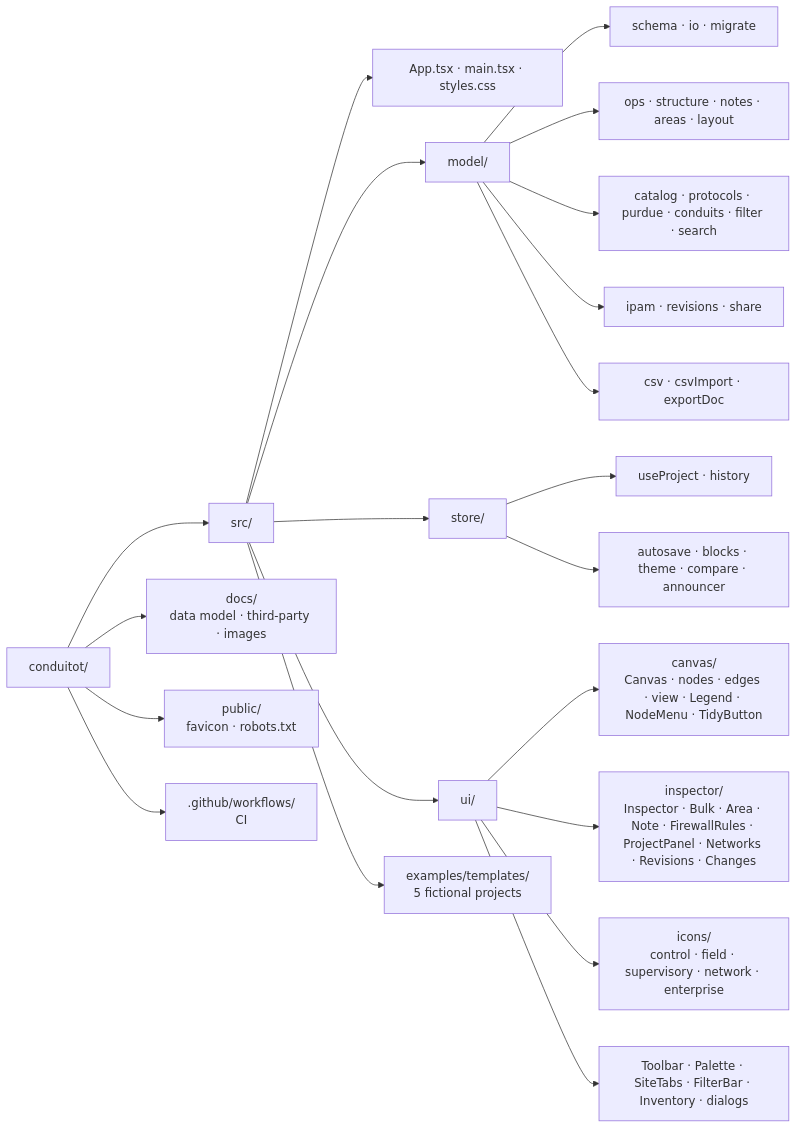
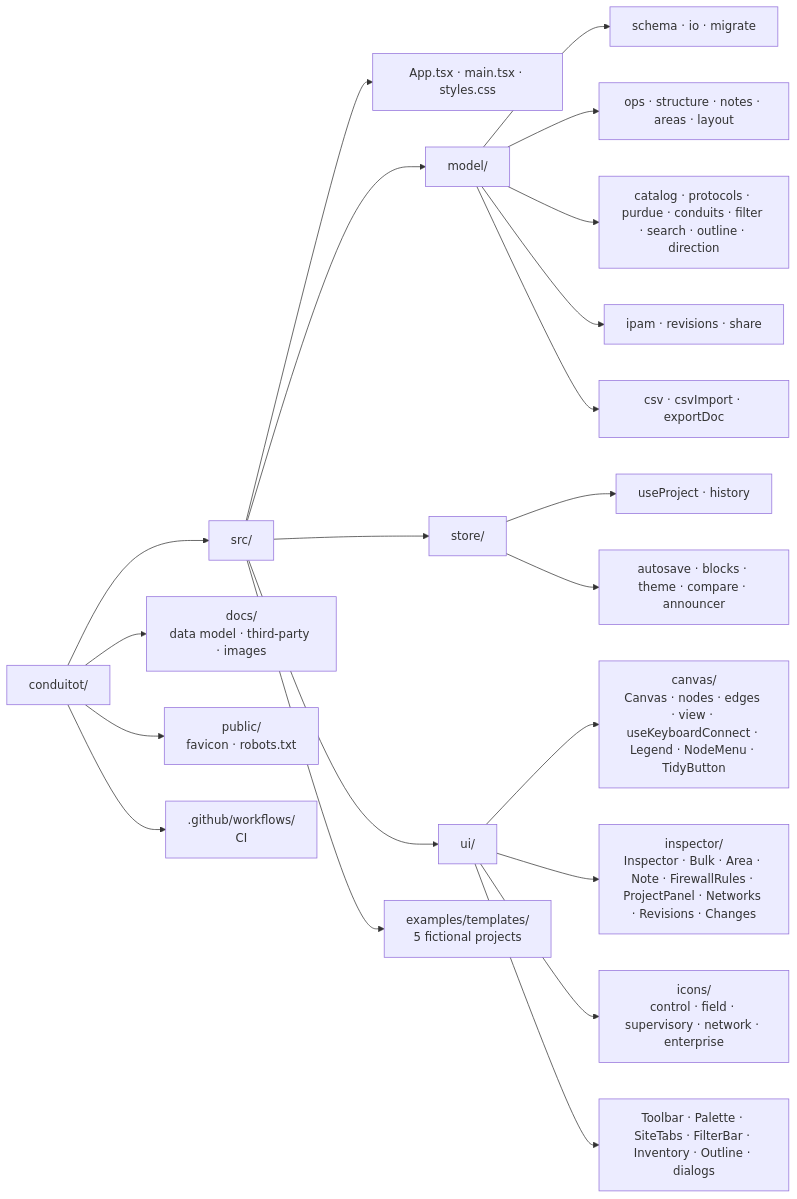
One commit to vijaykumargowdakk/ReSecArc changed the tenth of 32 diagrams in README.md. Above: the diagram before and after it, drawn with Mermaid. The commit also changed other lines of this file and 3 other files, not shown here.

Commit message:
Docs for the outline view and keyboard connections: README guide, shortcuts, tests and source map; status and decisions

````diff
--- a/README.md
+++ b/README.md
@@ -425,23 +427,23 @@
 ```mermaid
 flowchart LR
     R["conduitot/"] --> SRC["src/"]
     R --> DOCS["docs/<br/>data model · third-party · images"]
     R --> PUB["public/<br/>favicon · robots.txt"]
     R --> GH[".github/workflows/<br/>CI"]
     SRC --> APP["App.tsx · main.tsx · styles.css"]
     SRC --> MODEL["model/"]
     SRC --> STORE["store/"]
     SRC --> UI["ui/"]
     SRC --> EX["examples/templates/<br/>5 fictional projects"]
     MODEL --> MA["schema · io · migrate"]
     MODEL --> MB["ops · structure · notes · areas · layout"]
-    MODEL --> MC["catalog · protocols · purdue · conduits · filter · search"]
+    MODEL --> MC["catalog · protocols · purdue · conduits · filter · search · outline · direction"]
     MODEL --> MD["ipam · revisions · share"]
     MODEL --> ME["csv · csvImport · exportDoc"]
     STORE --> SA["useProject · history"]
     STORE --> SB["autosave · blocks · theme · compare · announcer"]
-    UI --> UA["canvas/<br/>Canvas · nodes · edges · view · Legend · NodeMenu · TidyButton"]
+    UI --> UA["canvas/<br/>Canvas · nodes · edges · view · useKeyboardConnect · Legend · NodeMenu · TidyButton"]
     UI --> UB["inspector/<br/>Inspector · Bulk · Area · Note · FirewallRules · ProjectPanel · Networks · Revisions · Changes"]
     UI --> UC["icons/<br/>control · field · supervisory · network · enterprise"]
-    UI --> UD["Toolbar · Palette · SiteTabs · FilterBar · Inventory · dialogs"]
+    UI --> UD["Toolbar · Palette · SiteTabs · FilterBar · Inventory · Outline · dialogs"]
 ```
````
